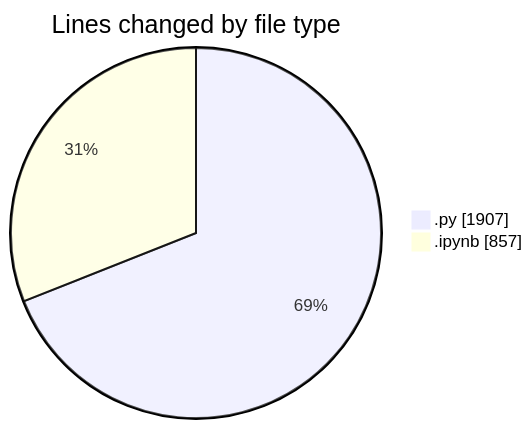
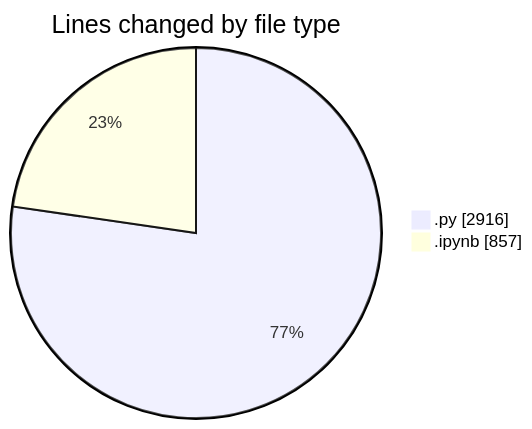
One commit to MatusMokan/code-tracking changed the first of 2 diagrams in 2025-11-15/untitled__workspace_/README.md. Above: the diagram before and after it, drawn with Mermaid. The commit also changed other lines of this file and 1 other file, not shown here.

````diff
--- a/2025-11-15/untitled__workspace_/README.md
+++ b/2025-11-15/untitled__workspace_/README.md
@@ -27,6 +28,6 @@
 ```mermaid
 pie showData
 title Lines changed by file type
-".py" : 1907
+".py" : 2916
 ".ipynb" : 857
 ```
````
